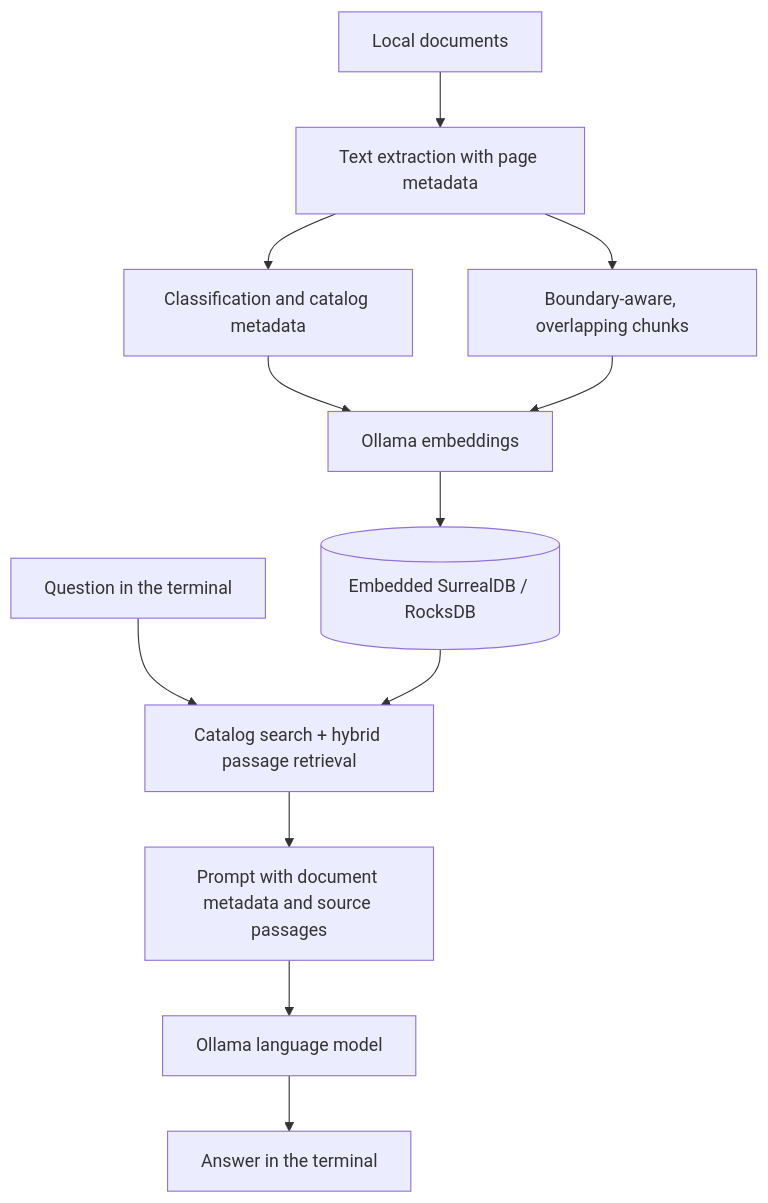
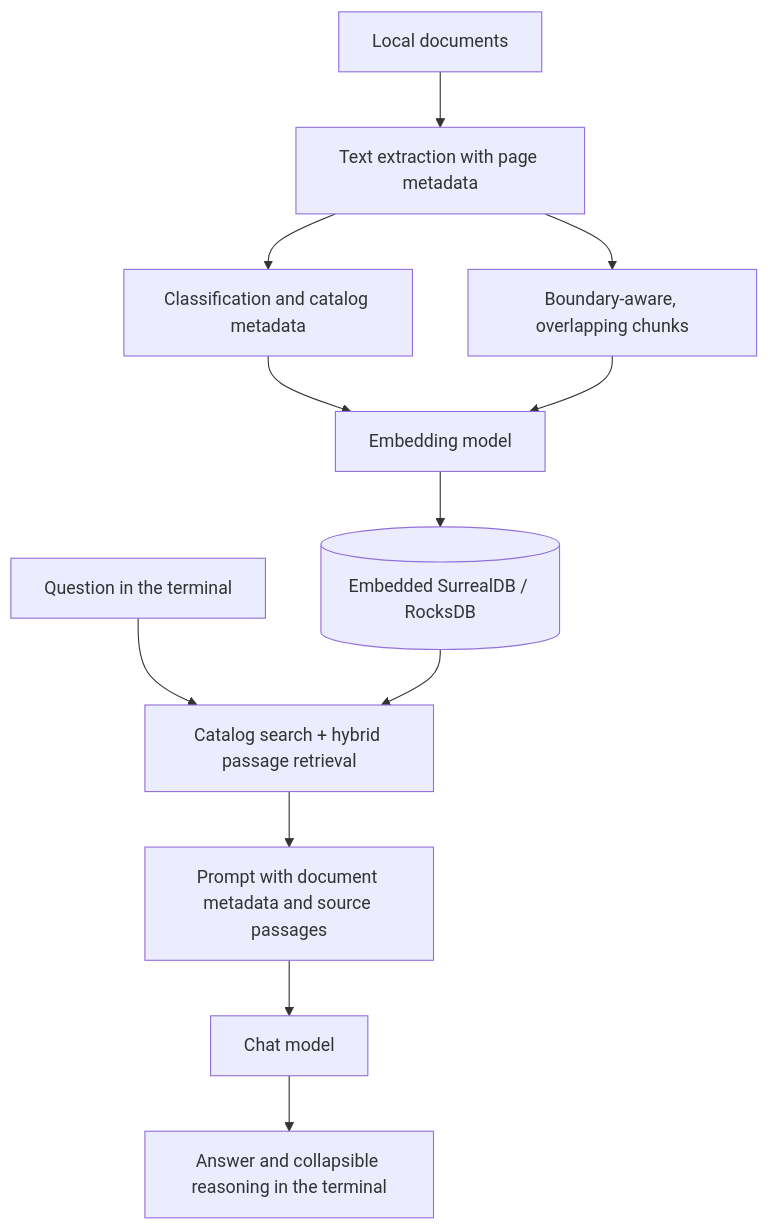
One commit to stasbern/svarog changed the diagram in README.md. Above: the diagram before and after it, drawn with Mermaid. The commit also changed other lines of this file and 1 other file, not shown here.

````diff
--- a/README.md
+++ b/README.md
@@ -36,15 +38,15 @@
 ```mermaid
 flowchart TD
 	Files["Local documents"] --> Extract["Text extraction with page metadata"]
 	Extract --> Describe["Classification and catalog metadata"]
 	Extract --> Chunk["Boundary-aware, overlapping chunks"]
-	Describe --> Embed["Ollama embeddings"]
+	Describe --> Embed["Embedding model"]
 	Chunk --> Embed
 	Embed --> DB[("Embedded SurrealDB / RocksDB")]
 
 	Question["Question in the terminal"] --> Retrieve["Catalog search + hybrid passage retrieval"]
 	DB --> Retrieve
 	Retrieve --> Prompt["Prompt with document metadata and source passages"]
-	Prompt --> Model["Ollama language model"]
-	Model --> Answer["Answer in the terminal"]
+	Prompt --> Model["Chat model"]
+	Model --> Answer["Answer and collapsible reasoning in the terminal"]
 ```
````
